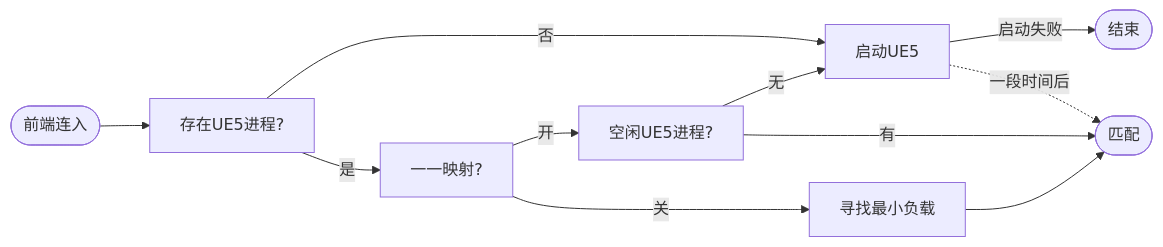
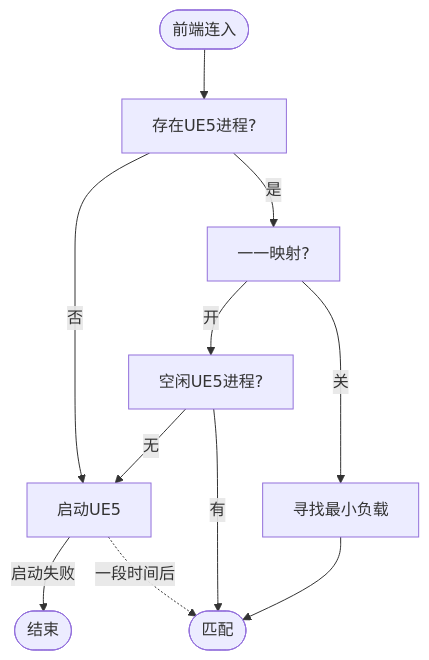
One commit to Mu-L/peer-stream changed the diagram in README-zh.md. Above: the diagram before and after it, drawn with Mermaid. The commit also changed other lines of this file, not shown here.

````diff
--- a/README-zh.md
+++ b/README-zh.md
@@ -64,22 +65,22 @@
 ```mermaid
-flowchart LR;
+flowchart TD;
     121[一一映射?];
     match([匹配]);
     finish([结束]);
     UE5[存在UE5进程?];
     join([前端连入]);
     start[启动UE5];
     idle[空闲UE5进程?];
     min[寻找最小负载];
  
     join --> UE5;
     UE5 -->|否| start;
     start -->|启动失败| finish;
     start -. 一段时间后 .-> match;
     UE5 -->|是| 121;
     121 -->|开| idle; 
     idle -->|无| start;
     idle -->|有| match;
     121 -->|关| min --> match;
 
 ```
````
